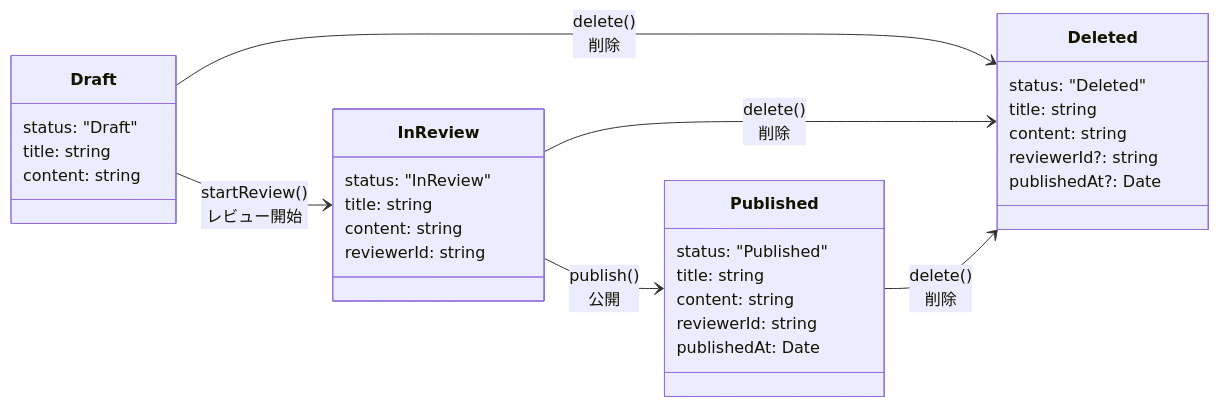
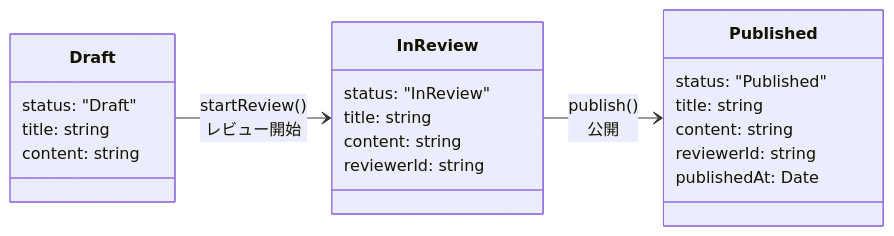
One commit to iwasa-kosui/til changed the diagram in packages/domain-event/README.md. Above: the diagram before and after it, drawn with Mermaid.

Commit message:
docs(domain-event): DeletedArticle を削除

````diff
--- a/packages/domain-event/README.md
+++ b/packages/domain-event/README.md
@@ -40,39 +40,28 @@
 ```mermaid
 classDiagram
     direction LR
 
     class Draft["Draft"] {
       status: "Draft"
       title: string
       content: string
     }
 
     class InReview["InReview"] {
       status: "InReview"
       title: string
       content: string
       reviewerId: string
     }
 
     class Published["Published"] {
       status: "Published"
       title: string
       content: string
       reviewerId: string
       publishedAt: Date
     }
 
-    class Deleted["Deleted"] {
-      status: "Deleted"
-      title: string
-      content: string
-      reviewerId?: string
-      publishedAt?: Date
-    }
-
     Draft --> InReview : startReview() <br> レビュー開始
     InReview --> Published : publish() <br> 公開
-    Draft --> Deleted : delete() <br> 削除
-    InReview --> Deleted : delete() <br> 削除
-    Published --> Deleted : delete() <br> 削除
 ```
````
